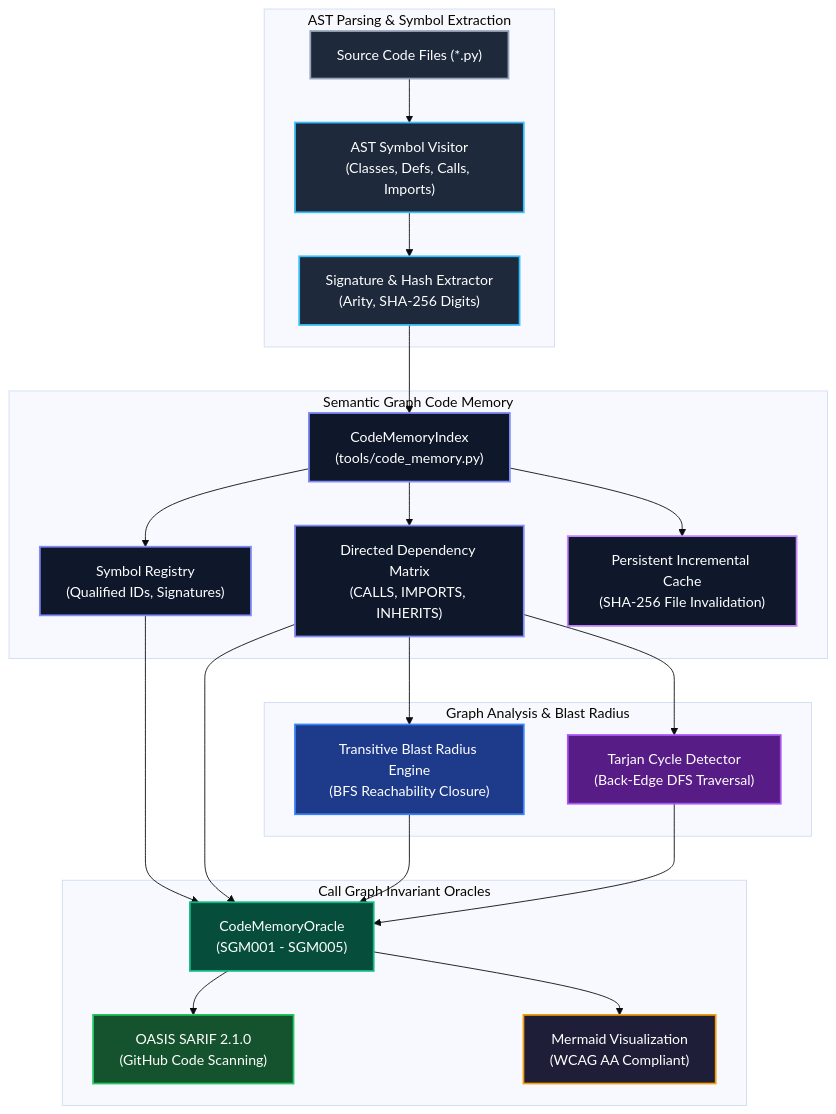
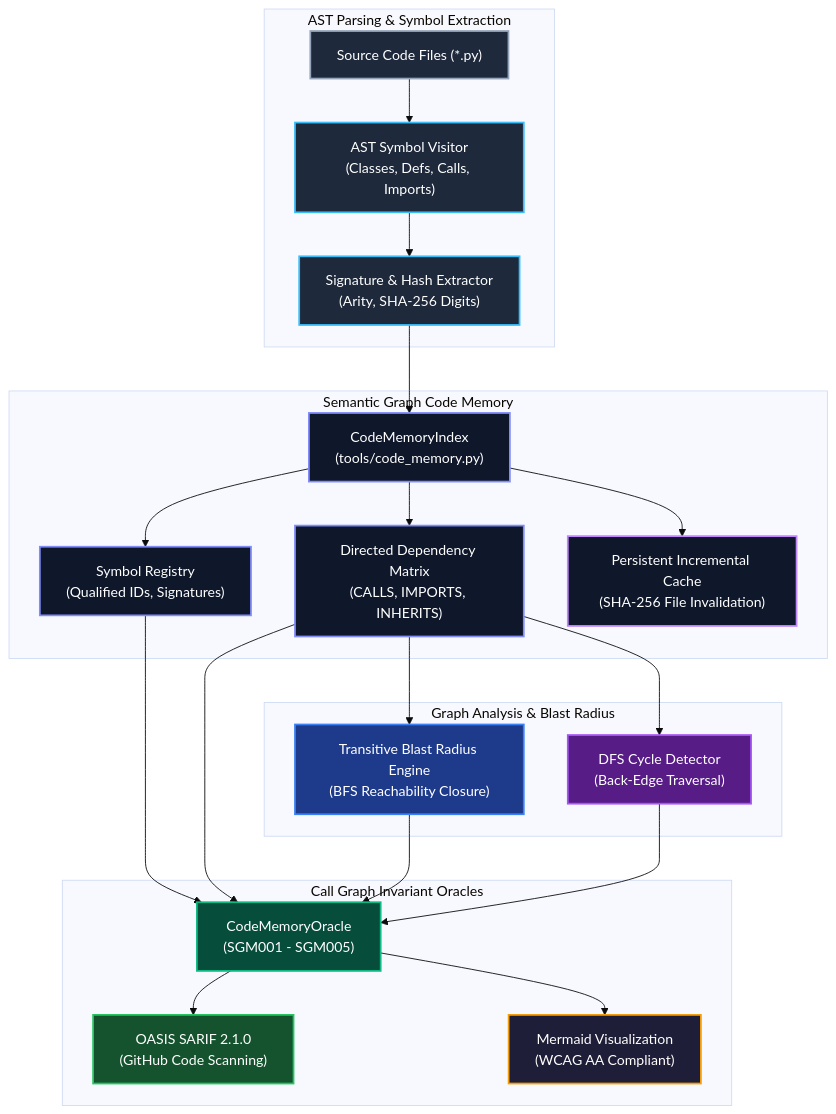
Before and after one commit to dan-petty/vibes: the diagram in observations/systems/26-semantic-graph-ast-code-memory-and-persistent-symbol-indexing.md, drawn with Mermaid (base theme). The commit also changed other lines of this file and 248 other files, not shown here.

````diff
--- a/observations/systems/26-semantic-graph-ast-code-memory-and-persistent-symbol-indexing.md
+++ b/observations/systems/26-semantic-graph-ast-code-memory-and-persistent-symbol-indexing.md
@@ -21,57 +21,57 @@
 ```mermaid
 flowchart TD
     subgraph Ingestion["AST Parsing & Symbol Extraction"]
         Source["Source Code Files (*.py)"]
         Parser["AST Symbol Visitor<br>(Classes, Defs, Calls, Imports)"]
         SigExt["Signature & Hash Extractor<br>(Arity, SHA-256 Digits)"]
     end
 
     subgraph GraphMemory["Semantic Graph Code Memory"]
         GraphIndex["CodeMemoryIndex<br>(tools/code_memory.py)"]
         NodeRegistry["Symbol Registry<br>(Qualified IDs, Signatures)"]
         EdgeMatrix["Directed Dependency Matrix<br>(CALLS, IMPORTS, INHERITS)"]
         IncrementalCache["Persistent Incremental Cache<br>(SHA-256 File Invalidation)"]
     end
 
     subgraph Analysis["Graph Analysis & Blast Radius"]
         BlastEngine["Transitive Blast Radius Engine<br>(BFS Reachability Closure)"]
-        CycleDetector["Tarjan Cycle Detector<br>(Back-Edge DFS Traversal)"]
+        CycleDetector["DFS Cycle Detector<br>(Back-Edge Traversal)"]
     end
 
     subgraph InvariantGates["Call Graph Invariant Oracles"]
         Oracle["CodeMemoryOracle<br>(SGM001 - SGM005)"]
         SARIF["OASIS SARIF 2.1.0<br>(GitHub Code Scanning)"]
         MermaidOut["Mermaid Visualization<br>(WCAG AA Compliant)"]
     end
 
     Source --> Parser
     Parser --> SigExt
     SigExt --> GraphIndex
     GraphIndex --> NodeRegistry
     GraphIndex --> EdgeMatrix
     GraphIndex --> IncrementalCache
 
     EdgeMatrix --> BlastEngine
     EdgeMatrix --> CycleDetector
 
     NodeRegistry --> Oracle
     EdgeMatrix --> Oracle
     BlastEngine --> Oracle
     CycleDetector --> Oracle
 
     Oracle --> SARIF
     Oracle --> MermaidOut
 
     style Source fill:#1e293b,stroke:#94a3b8,stroke-width:2px,color:#ffffff
     style Parser fill:#1e293b,stroke:#38bdf8,stroke-width:2px,color:#ffffff
     style SigExt fill:#1e293b,stroke:#38bdf8,stroke-width:2px,color:#ffffff
     style GraphIndex fill:#0f172a,stroke:#818cf8,stroke-width:2px,color:#ffffff
     style NodeRegistry fill:#0f172a,stroke:#818cf8,stroke-width:2px,color:#ffffff
     style EdgeMatrix fill:#0f172a,stroke:#818cf8,stroke-width:2px,color:#ffffff
     style IncrementalCache fill:#0f172a,stroke:#c084fc,stroke-width:2px,color:#ffffff
     style BlastEngine fill:#1e3a8a,stroke:#3b82f6,stroke-width:2px,color:#ffffff
     style CycleDetector fill:#581c87,stroke:#a855f7,stroke-width:2px,color:#ffffff
     style Oracle fill:#064e3b,stroke:#10b981,stroke-width:2px,color:#ffffff
     style SARIF fill:#14532d,stroke:#22c55e,stroke-width:2px,color:#ffffff
     style MermaidOut fill:#1e1e38,stroke:#f59e0b,stroke-width:2px,color:#ffffff
 ```
````
